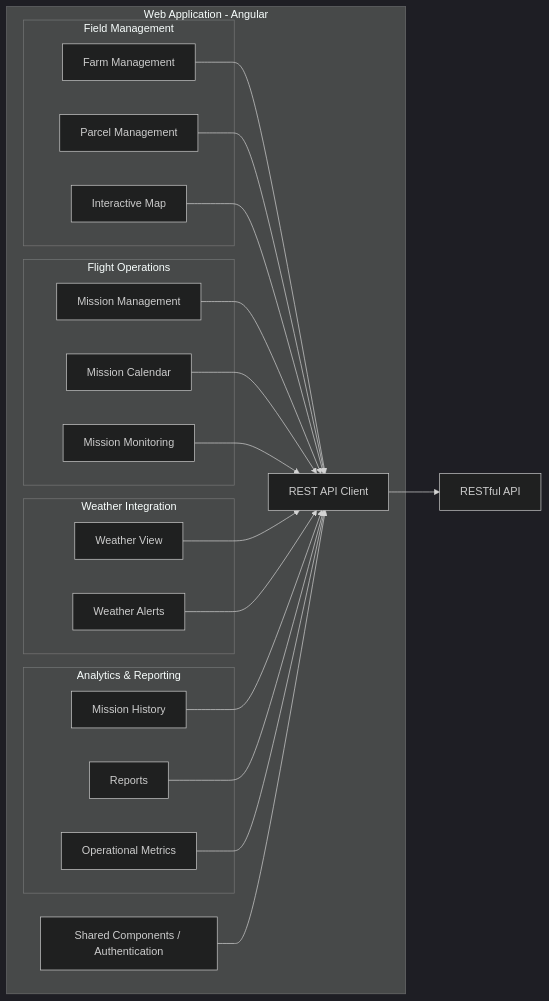
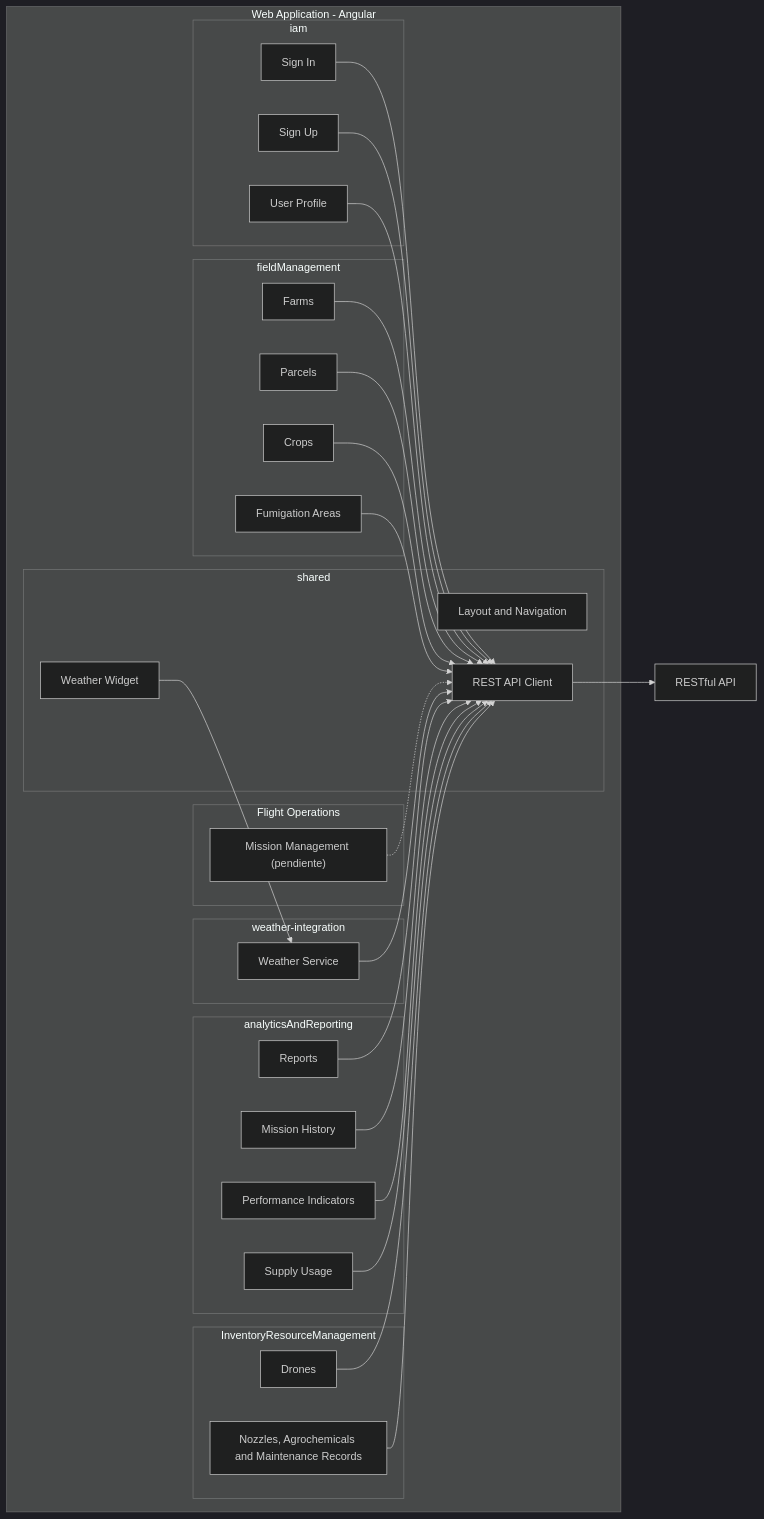
Before and after one commit to Ital0Dmc/Agridron-Report-readme-playground: the fourth of 23 diagrams in README.md, drawn with Mermaid (dark theme). The commit also changed other lines of this file, not shown here.

Commit message:
docs: align container and component diagrams with the six bounded contexts
- Add Identity & Access Management and Inventory & Resource
  Management to the domain and architecture traceability table,
  move drones out of Flight Operations and use "zonas de
  fumigación".
- Set Angular and TypeScript as the Landing Page technology.
- Add the IAM and inventory components to the RESTful API diagram,
  with the endpoints of TU-020 to TU-024 and TU-026.
- Match the Web Application diagram to the frontend folders and show
  Flight Operations as the pending missions module.

````diff
--- a/README.md
+++ b/README.md
@@ -2171,40 +2199,55 @@
 ```mermaid
 flowchart LR
   subgraph Web["Web Application - Angular"]
-    subgraph Field["Field Management"]
-      Farms["Farm Management"]
-      Parcels["Parcel Management"]
-      Map["Interactive Map"]
+    subgraph IAM["iam"]
+      SignIn["Sign In"]
+      SignUp["Sign Up"]
+      Profile["User Profile"]
+    end
+    subgraph Field["fieldManagement"]
+      Farms["Farms"]
+      Parcels["Parcels"]
+      Crops["Crops"]
+      Zones["Fumigation Areas"]
     end
     subgraph Flight["Flight Operations"]
-      Missions["Mission Management"]
-      Schedule["Mission Calendar"]
-      Monitor["Mission Monitoring"]
+      Missions["Mission Management (pendiente)"]
     end
-    subgraph Weather["Weather Integration"]
-      WeatherView["Weather View"]
-      Alerts["Weather Alerts"]
+    subgraph Weather["weather-integration"]
+      WeatherService["Weather Service"]
     end
-    subgraph Reports["Analytics & Reporting"]
+    subgraph Reports["analyticsAndReporting"]
+      ReportsView["Reports"]
       History["Mission History"]
-      ReportsView["Reports"]
-      Metrics["Operational Metrics"]
+      Indicators["Performance Indicators"]
+      Supply["Supply Usage"]
     end
-    Shared["Shared Components / Authentication"]
-    APIClient["REST API Client"]
+    subgraph Inventory["InventoryResourceManagement"]
+      Drones["Drones"]
+      Resources["Nozzles, Agrochemicals and Maintenance Records"]
+    end
+    subgraph Shared["shared"]
+      Layout["Layout and Navigation"]
+      WeatherWidget["Weather Widget"]
+      APIClient["REST API Client"]
+    end
   end
   API["RESTful API"]
+  SignIn --> APIClient
+  SignUp --> APIClient
+  Profile --> APIClient
   Farms --> APIClient
   Parcels --> APIClient
-  Map --> APIClient
-  Missions --> APIClient
-  Schedule --> APIClient
-  Monitor --> APIClient
-  WeatherView --> APIClient
-  Alerts --> APIClient
+  Crops --> APIClient
+  Zones --> APIClient
+  Missions -.-> APIClient
+  WeatherWidget --> WeatherService
+  WeatherService --> APIClient
+  ReportsView --> APIClient
   History --> APIClient
-  ReportsView --> APIClient
-  Metrics --> APIClient
-  Shared --> APIClient
+  Indicators --> APIClient
+  Supply --> APIClient
+  Drones --> APIClient
+  Resources --> APIClient
   APIClient --> API
 ```
````
